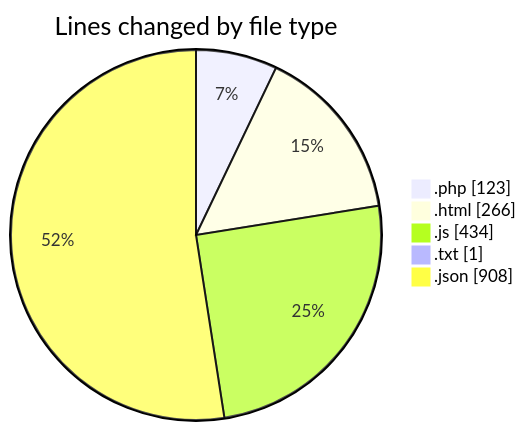
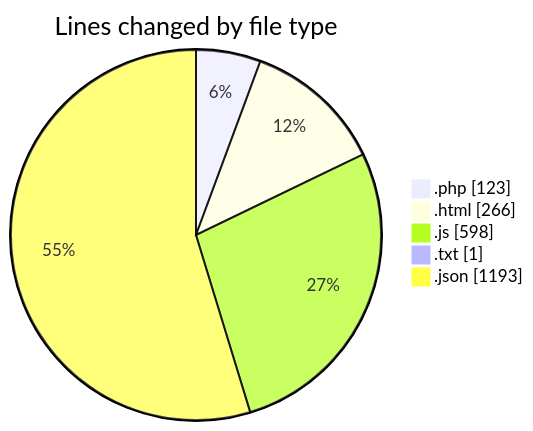
The first of 2 diagrams in 2025-08-10/getmailotp/README.md (lephambinh05/code-tracking), drawn with Mermaid before and after one commit. The commit also changed other lines of this file and 1 other file, not shown here.

````diff
--- a/2025-08-10/getmailotp/README.md
+++ b/2025-08-10/getmailotp/README.md
@@ -25,9 +26,9 @@
 ```mermaid
 pie showData
 title Lines changed by file type
 ".php" : 123
 ".html" : 266
-".js" : 434
+".js" : 598
 ".txt" : 1
-".json" : 908
+".json" : 1193
 ```
````
